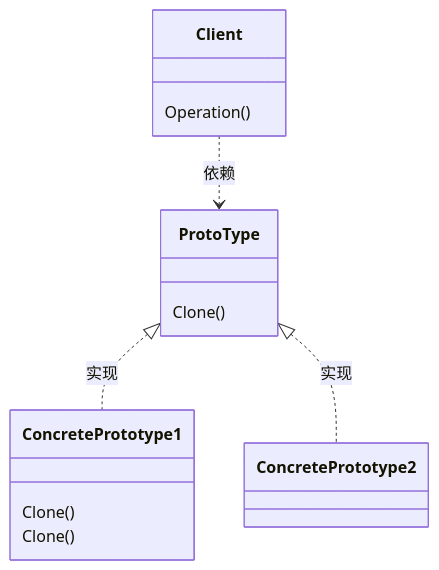
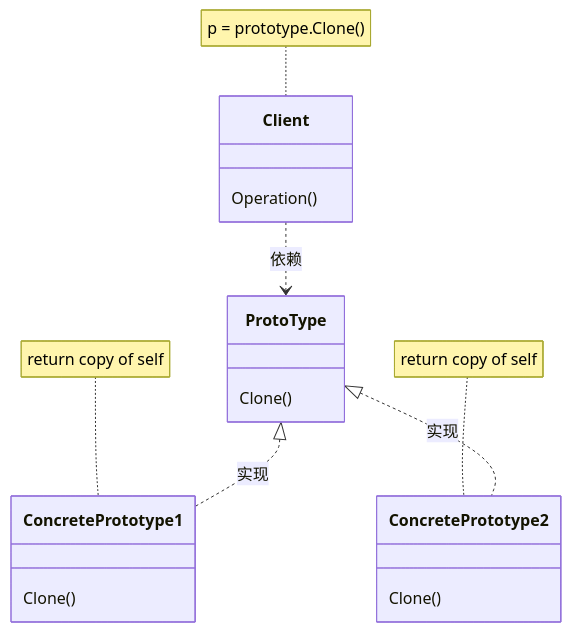
One commit to David-5-5/tutorial changed diagram 12 of 16 in docs/designpattern/creator.md. Above: the diagram before and after it, drawn with Mermaid. The commit also changed other lines of this file, not shown here.

Commit message:
Add note for class diagram

````diff
--- a/docs/designpattern/creator.md
+++ b/docs/designpattern/creator.md
@@ -776,24 +787,31 @@
 ```mermaid
 classDiagram
 
 class Client {
 	Operation()
 }
+
+note for Client "p = prototype.Clone()"
 
 class ProtoType {
 	Clone()
 }
 
 class ConcretePrototype1 {
 	Clone()
 }
 
-class ConcretePrototype1 {
+class ConcretePrototype2 {
 	Clone()
 }
 
 Client ..> ProtoType : 依赖
 
 ProtoType <|.. ConcretePrototype1 : 实现
 ProtoType <|.. ConcretePrototype2 : 实现
+
+note for ConcretePrototype1 "return copy of self"
+
+note for ConcretePrototype2 "return copy of self"
+
 ```
````
